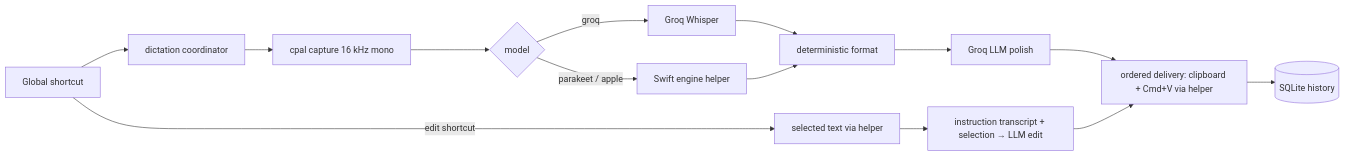
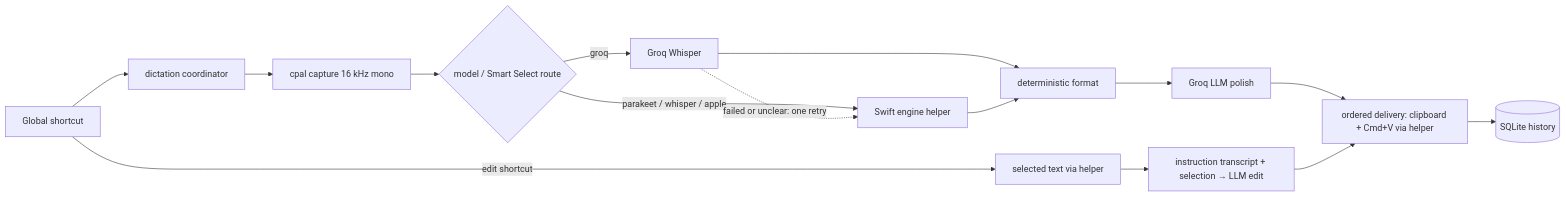
One commit to yuyudhan/simple-voice changed the diagram in docs/internal/architecture.md. Above: the diagram before and after it, drawn with Mermaid. The commit also changed other lines of this file and 7 other files, not shown here.

Commit message:
📝 Document Whisper models, Smart Select and transcription eval

````diff
--- a/docs/internal/architecture.md
+++ b/docs/internal/architecture.md
@@ -17,16 +17,17 @@
 ```mermaid
 flowchart LR
     K[Global shortcut] --> C[dictation coordinator]
     C --> A[cpal capture 16 kHz mono]
-    A --> T{model}
+    A --> T{model / Smart Select route}
     T -->|groq| G[Groq Whisper]
-    T -->|parakeet / apple| E[Swift engine helper]
+    T -->|parakeet / whisper / apple| E[Swift engine helper]
+    G -.->|failed or unclear: one retry| E
     G --> F[deterministic format]
     E --> F
     F --> P[Groq LLM polish]
     P --> D[ordered delivery: clipboard + Cmd+V via helper]
     D --> H[(SQLite history)]
     K -->|edit shortcut| S[selected text via helper]
     S --> X[instruction transcript + selection → LLM edit]
     X --> D
 ```
````
